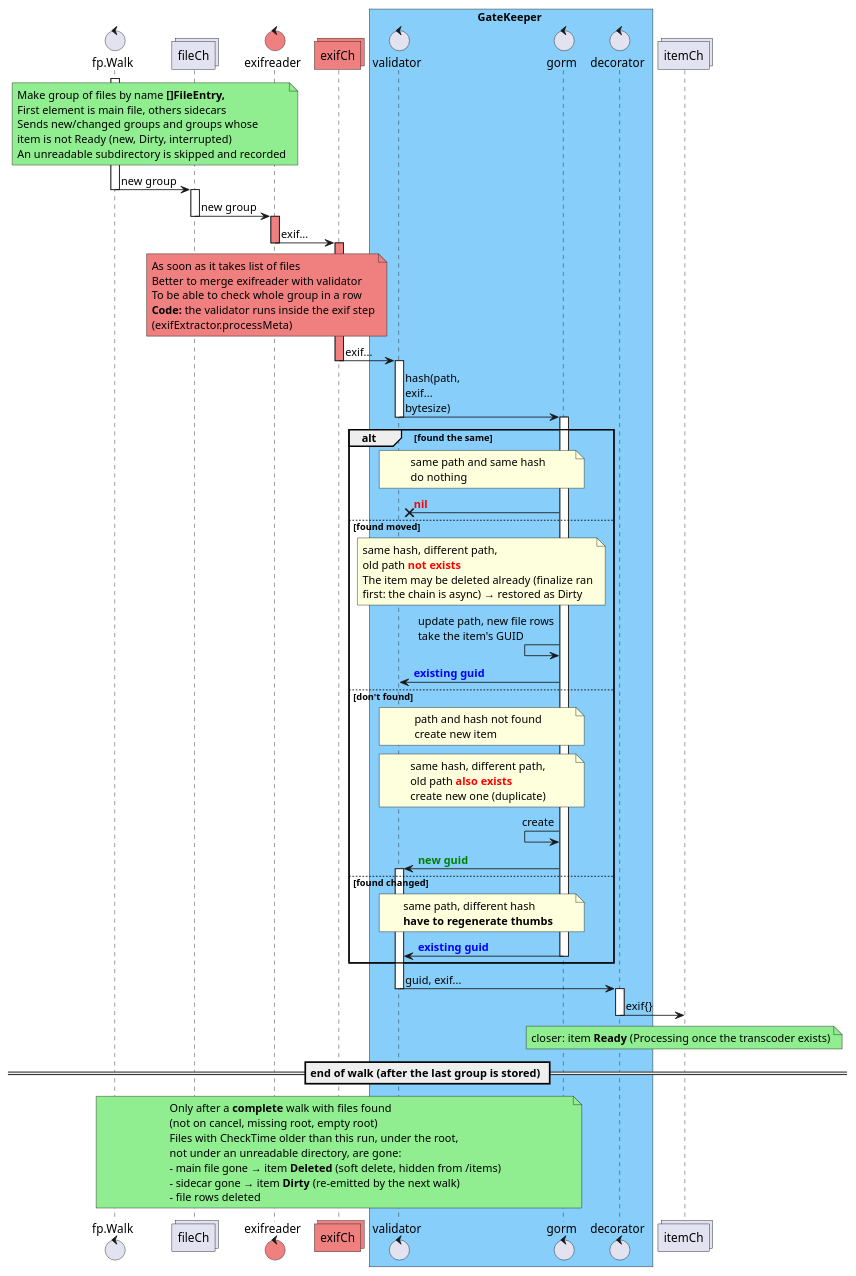
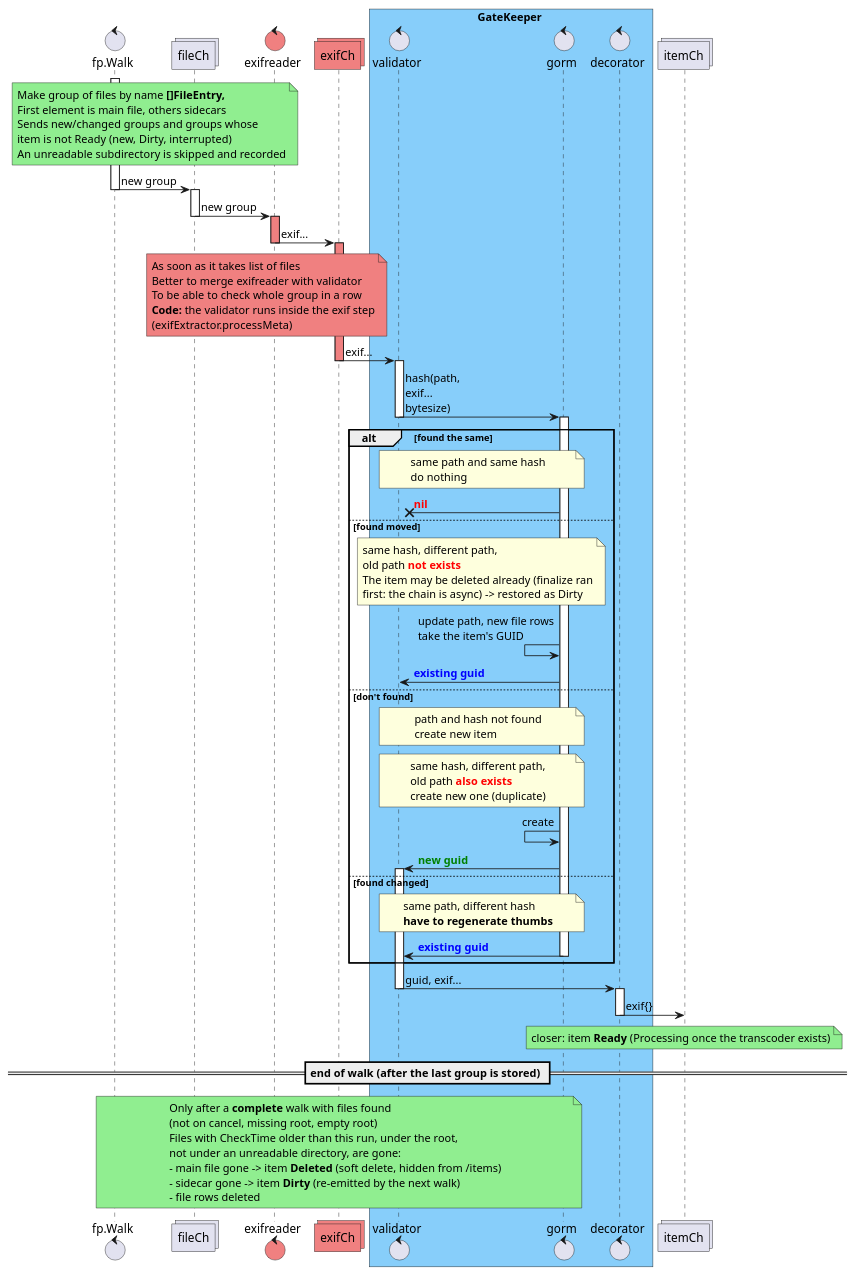
One commit to eggs-gd/Perceptrail changed the diagram in _sb/puml/Walker.puml. Above: the diagram before and after it, drawn with PlantUML. The commit also changed 1 other file, not shown here.

Commit message:
diagrams: re-render Walker (PlantUML server); ASCII arrows in notes

```diff
--- a/_sb/puml/Walker.puml
+++ b/_sb/puml/Walker.puml
@@ -1,106 +1,106 @@
 @startuml Walker and validating
 
 control fp.Walk
 collections fileCh
 
 control exifreader #LightCoral
 collections exifCh #LightCoral
 
 box GateKeeper #LightSkyBlue
 control validator
 control gorm
 control decorator
 end box
 collections itemCh
 
 
 activate fp.Walk
 note over fp.Walk, fileCh #LightGreen
 Make group of files by name <b>[]FileEntry,
 First element is main file, others sidecars
 Sends new/changed groups and groups whose
 item is not Ready (new, Dirty, interrupted)
 An unreadable subdirectory is skipped and recorded
 end note
 fp.Walk -> fileCh: new group
 deactivate fp.Walk
 activate fileCh
 fileCh -> exifreader: new group
 deactivate fileCh
 activate exifreader #LightCoral
 exifreader -> exifCh: exif...
 note over fileCh, exifCh #LightCoral
 As soon as it takes list of files
 Better to merge exifreader with validator
 To be able to check whole group in a row
 <b>Code:</b> the validator runs inside the exif step
 (exifExtractor.processMeta)
 end note
 deactivate exifreader
 activate exifCh #LightCoral
 exifCh -> validator: exif...
 deactivate exifCh
 activate validator
 
 validator -> gorm: hash(path,\nexif...\nbytesize)
 deactivate validator
 activate gorm
 
 alt found the same
     note over validator, gorm: same path and same hash\ndo nothing
     gorm ->x validator: <font color=red><b>nil
 
 else found moved
     note over validator, gorm
     same hash, different path,
     old path <b><font color=red>not exists
     The item may be deleted already (finalize ran
-    first: the chain is async) → restored as Dirty
+    first: the chain is async) -> restored as Dirty
     end note
     gorm <- gorm: update path, new file rows\ntake the item's GUID
     gorm -> validator: <font color=blue><b>existing guid
 
 else don't found
     note over validator, gorm
     path and hash not found
     create new item
     end note
     note over validator, gorm
     same hash, different path,
     old path <b><font color=red>also exists
     create new one (duplicate)
     end note
     gorm <- gorm: create
     gorm -> validator: <font color=green><b>new guid
     activate validator
 
 else found changed
     note over validator, gorm
     same path, different hash
     <b>have to regenerate thumbs
     end note
     gorm -> validator: <font color=blue><b>existing guid
     deactivate gorm
 
 end
 
 validator -> decorator: guid, exif...
 deactivate validator
 activate decorator
 decorator -> itemCh: exif{} 
 deactivate decorator
 note over itemCh #LightGreen: closer: item <b>Ready</b> (Processing once the transcoder exists)
 
 == end of walk (after the last group is stored) ==
 
 note over fp.Walk, gorm #LightGreen
 Only after a <b>complete</b> walk with files found
 (not on cancel, missing root, empty root)
 Files with CheckTime older than this run, under the root,
 not under an unreadable directory, are gone:
-- main file gone → item <b>Deleted</b> (soft delete, hidden from /items)
-- sidecar gone → item <b>Dirty</b> (re-emitted by the next walk)
+- main file gone -> item <b>Deleted</b> (soft delete, hidden from /items)
+- sidecar gone -> item <b>Dirty</b> (re-emitted by the next walk)
 - file rows deleted
 end note
 
 @enduml
```
